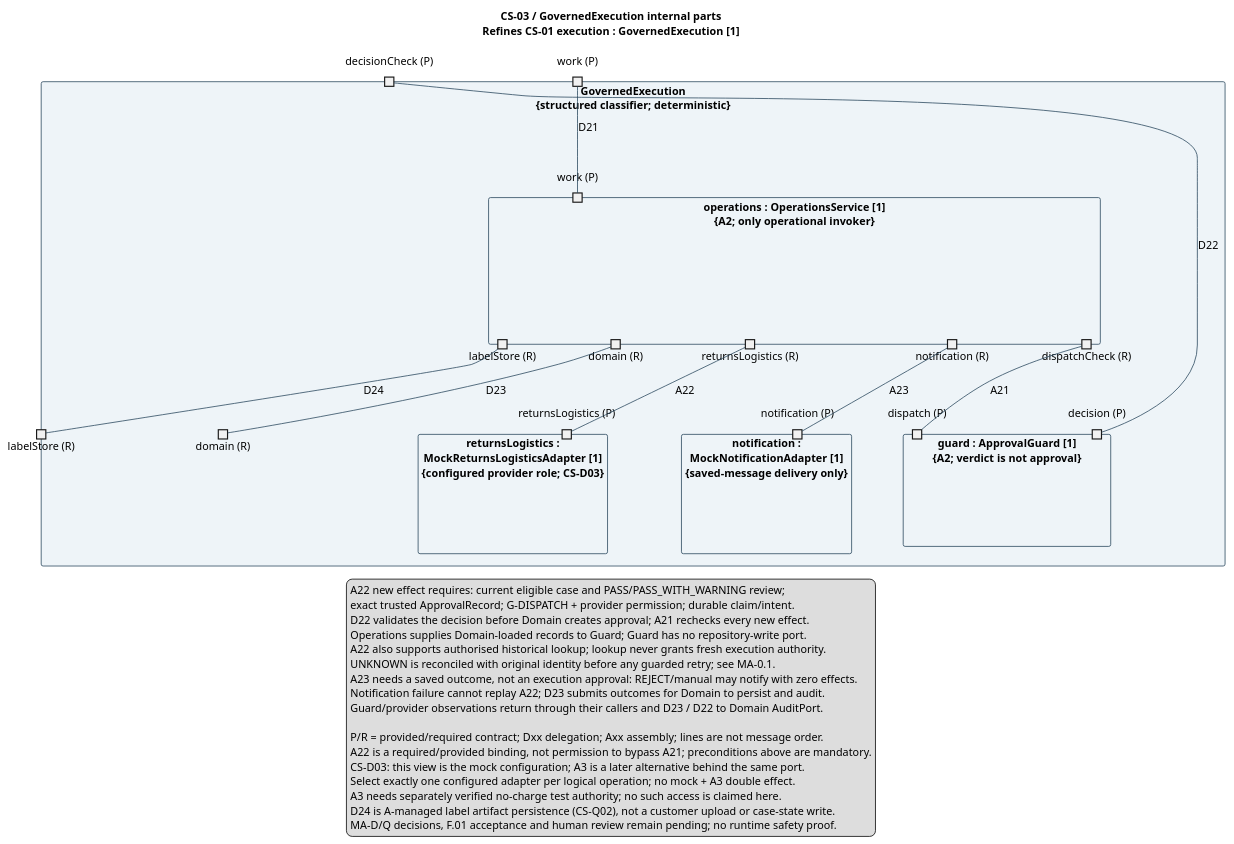
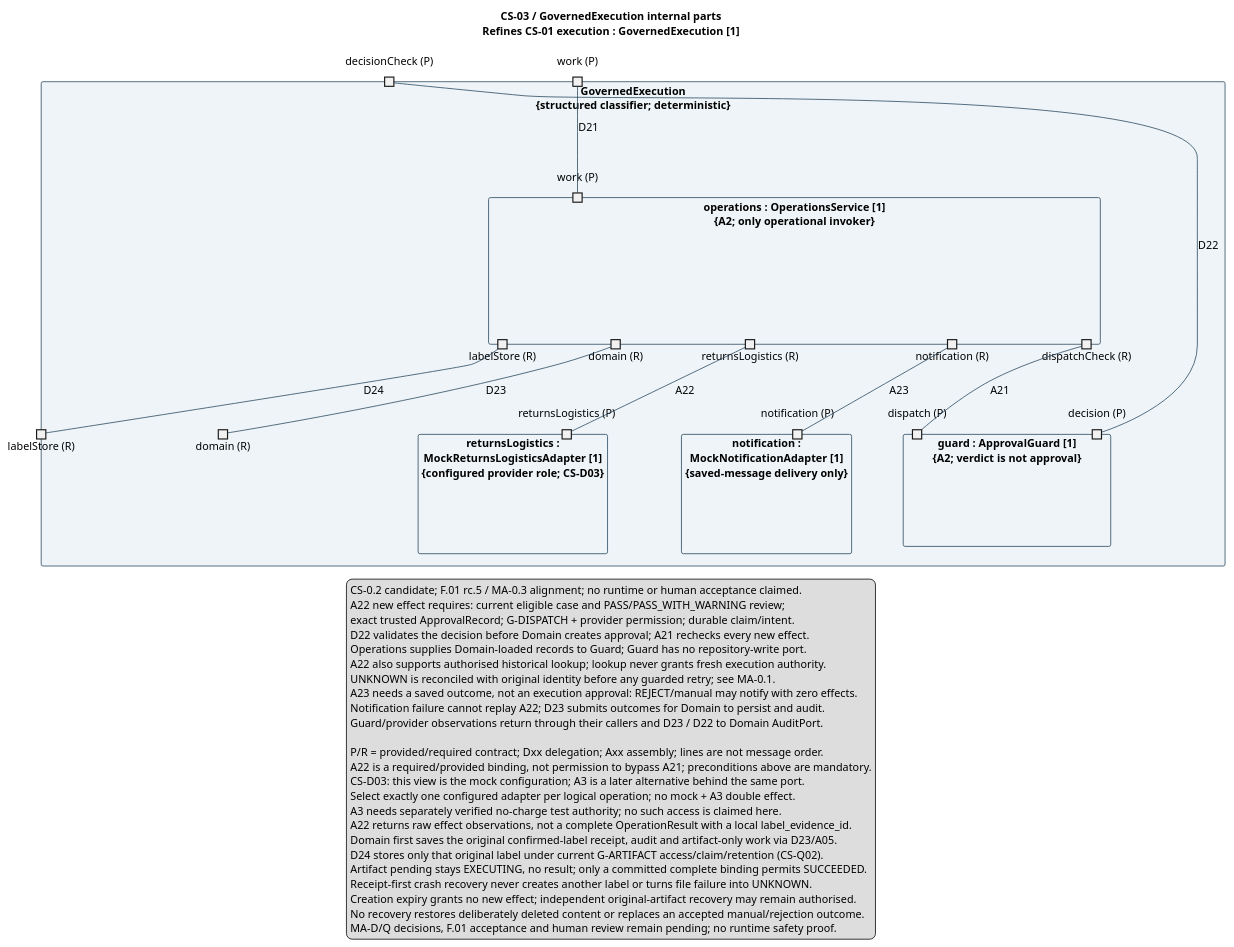
One commit to shuxiachai/returnops-au changed the diagram in docs/diagrams/shared/governed-execution-composite.puml. Above: the diagram before and after it, drawn with PlantUML. The commit also changed 52 other files, not shown here.

```diff
--- a/docs/diagrams/shared/governed-execution-composite.puml
+++ b/docs/diagrams/shared/governed-execution-composite.puml
@@ -1,67 +1,74 @@
 @startuml
 title CS-03 / GovernedExecution internal parts\nRefines CS-01 execution : GovernedExecution [1]
 skinparam componentStyle rectangle
 skinparam defaultFontName SansSerif
 skinparam defaultFontSize 14
 skinparam shadowing false
 skinparam componentBackgroundColor #EEF4F8
 skinparam componentBorderColor #27465B
 skinparam ArrowColor #27465B
 skinparam noteBackgroundColor #FFF5D9
 skinparam nodesep 90
 skinparam ranksep 60
 
 component "GovernedExecution\n{structured classifier; deterministic}" as Execution {
   portin "work (P)" as EX_WORK
   portin "decisionCheck (P)" as EX_DECISION
   portout "domain (R)" as EX_DOMAIN
   portout "labelStore (R)" as EX_LABELS
 
   component "operations : OperationsService [1]\n{A2; only operational invoker}" as Ops {
     portin "work (P)" as OP_WORK
     portout "domain (R)" as OP_DOMAIN
     portout "dispatchCheck (R)" as OP_CHECK
     portout "returnsLogistics (R)" as OP_RET
     portout "notification (R)" as OP_NOTIFY
     portout "labelStore (R)" as OP_LABELS
   }
   component "guard : ApprovalGuard [1]\n{A2; verdict is not approval}" as Guard {
     portin "decision (P)" as GU_DECISION
     portin "dispatch (P)" as GU_DISPATCH
   }
   component "returnsLogistics :\nMockReturnsLogisticsAdapter [1]\n{configured provider role; CS-D03}" as ReturnAdapter {
     portin "returnsLogistics (P)" as RE_EFFECT
   }
   component "notification :\nMockNotificationAdapter [1]\n{saved-message delivery only}" as NotifyAdapter {
     portin "notification (P)" as NO_DELIVER
   }
 }
 
 EX_WORK -- OP_WORK : D21
 EX_DECISION -- GU_DECISION : D22
 OP_DOMAIN -- EX_DOMAIN : D23
 OP_LABELS -- EX_LABELS : D24
 OP_CHECK -- GU_DISPATCH : A21
 OP_RET -- RE_EFFECT : A22
 OP_NOTIFY -- NO_DELIVER : A23
 
 legend bottom
+  CS-0.2 candidate; F.01 rc.5 / MA-0.3 alignment; no runtime or human acceptance claimed.
   A22 new effect requires: current eligible case and PASS/PASS_WITH_WARNING review;
   exact trusted ApprovalRecord; G-DISPATCH + provider permission; durable claim/intent.
   D22 validates the decision before Domain creates approval; A21 rechecks every new effect.
   Operations supplies Domain-loaded records to Guard; Guard has no repository-write port.
   A22 also supports authorised historical lookup; lookup never grants fresh execution authority.
   UNKNOWN is reconciled with original identity before any guarded retry; see MA-0.1.
   A23 needs a saved outcome, not an execution approval: REJECT/manual may notify with zero effects.
   Notification failure cannot replay A22; D23 submits outcomes for Domain to persist and audit.
   Guard/provider observations return through their callers and D23 / D22 to Domain AuditPort.
 
   P/R = provided/required contract; Dxx delegation; Axx assembly; lines are not message order.
   A22 is a required/provided binding, not permission to bypass A21; preconditions above are mandatory.
   CS-D03: this view is the mock configuration; A3 is a later alternative behind the same port.
   Select exactly one configured adapter per logical operation; no mock + A3 double effect.
   A3 needs separately verified no-charge test authority; no such access is claimed here.
-  D24 is A-managed label artifact persistence (CS-Q02), not a customer upload or case-state write.
+  A22 returns raw effect observations, not a complete OperationResult with a local label_evidence_id.
+  Domain first saves the original confirmed-label receipt, audit and artifact-only work via D23/A05.
+  D24 stores only that original label under current G-ARTIFACT access/claim/retention (CS-Q02).
+  Artifact pending stays EXECUTING, no result; only a committed complete binding permits SUCCEEDED.
+  Receipt-first crash recovery never creates another label or turns file failure into UNKNOWN.
+  Creation expiry grants no new effect; independent original-artifact recovery may remain authorised.
+  No recovery restores deliberately deleted content or replaces an accepted manual/rejection outcome.
   MA-D/Q decisions, F.01 acceptance and human review remain pending; no runtime safety proof.
 endlegend
 @enduml
```
